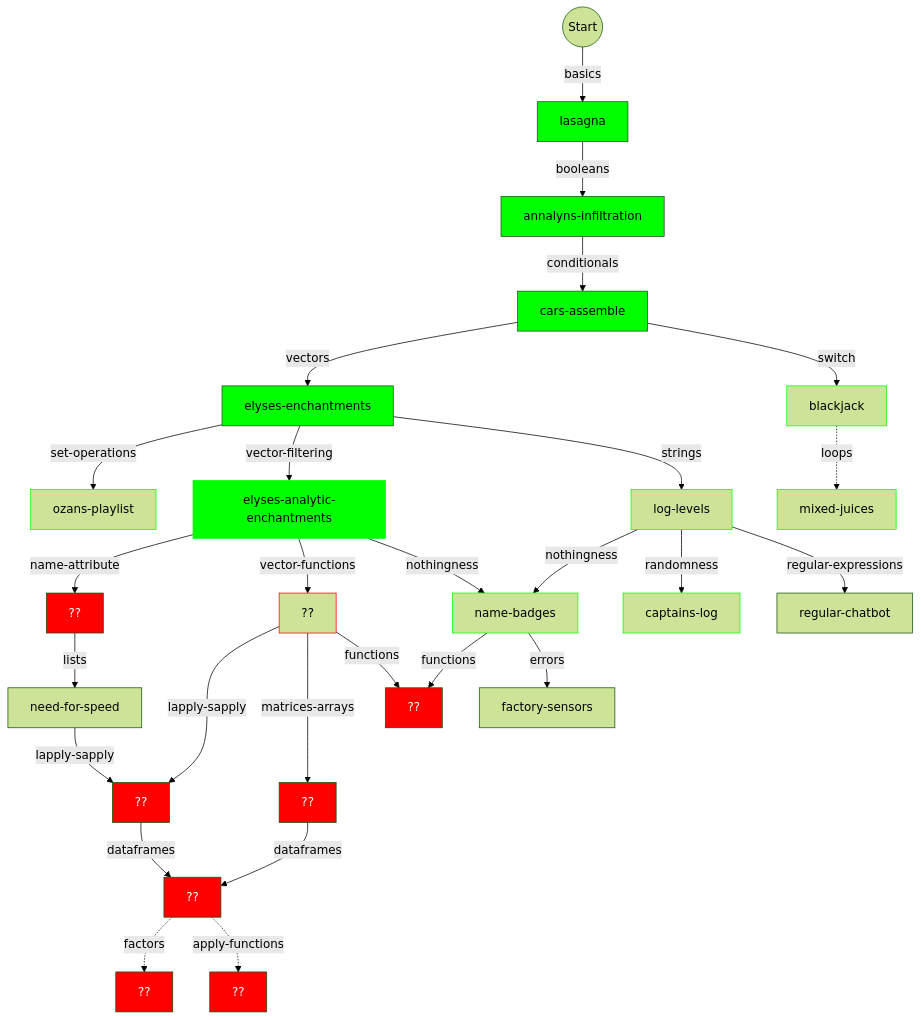
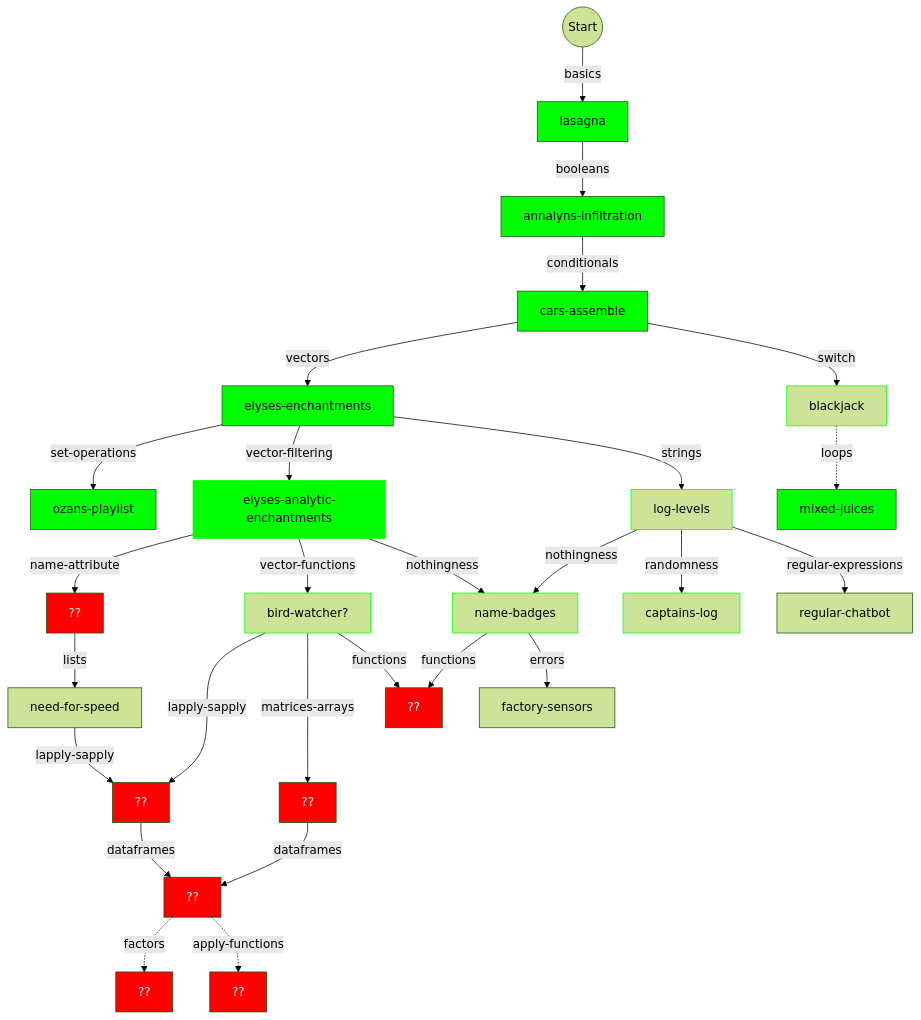
Before and after one commit to colinleach/learning-track-doodles: the first of 2 diagrams in r/flowchart.md, drawn with Mermaid (forest theme). The commit also changed 2 other files, not shown here.

````diff
--- a/r/flowchart.md
+++ b/r/flowchart.md
@@ -13,74 +13,74 @@
 ```mermaid
 graph TD
     
 start(("Start")) --basics--> basics["lasagna"]
 style basics fill:#0f0
 
 basics --booleans--> booleans["annalyns-infiltration"]
 style booleans fill:#0f0
 
 booleans --conditionals--> conditionals["cars-assemble"]
 style conditionals fill:#0f0
 
 conditionals --vectors--> vectors["elyses-enchantments"]
 style vectors fill:#0f0
 
 switch -.loops.-> loops["mixed-juices"]
-style loops stroke:#0f0
+style loops fill:#0f0
 
 conditionals --switch--> switch["blackjack"]
 style switch stroke:#0f0
 
 vectors --set-operations--> set-operations["ozans-playlist"]
-style set-operations stroke:#0f0
+style set-operations fill:#0f0
 
 name-attribute --lists--> lists["need-for-speed"]
 
 vectors --vector-filtering--> vector-filtering["elyses-analytic-enchantments"]
 style vector-filtering fill:#0f0
 
 vector-filtering --name-attribute--> name-attribute["??"]
 style name-attribute fill:#f00,color:#fff
 
-vector-filtering --vector-functions--> vector-functions["??"]
-style vector-functions stroke:#f00
+vector-filtering --vector-functions--> vector-functions["bird-watcher?"]
+style vector-functions stroke:#0f0
 
 vector-filtering --nothingness--> nothingness["name-badges"]
 style vector-filtering stroke:#0f0
 
 vectors --strings--> strings["log-levels"]
 style strings stroke:#0f0
 
 strings --nothingness--> nothingness["name-badges"]
 style nothingness stroke:#0f0
 
 strings --randomness--> randomness["captains-log"]
 style randomness stroke:#0f0
 
 strings --regular-expressions--> regular-expressions["regular-chatbot"]
 
 lists --lapply-sapply--> lapply-sapply["??"]
 vector-functions --lapply-sapply--> lapply-sapply["??"]
 style lapply-sapply fill:#f00,color:#fff
 
 vector-functions --matrices-arrays--> matrices-arrays["??"]
 style matrices-arrays fill:#f00,color:#fff
 
 style apply-functions fill:#f00,color:#fff
 
 lapply-sapply --dataframes--> dataframes["??"]
 style dataframes fill:#f00,color:#fff
 
 matrices-arrays --dataframes--> dataframes
 dataframes -.factors.-> factors["??"]
 style factors fill:#f00,color:#fff
 
 dataframes -.apply-functions.-> apply-functions["??"]
 
 vector-functions --functions--> functions["??"]
 nothingness --functions--> functions["??"]
 style functions fill:#f00,color:#fff
 
 nothingness --errors--> errors["factory-sensors "]
 
 ```
````
